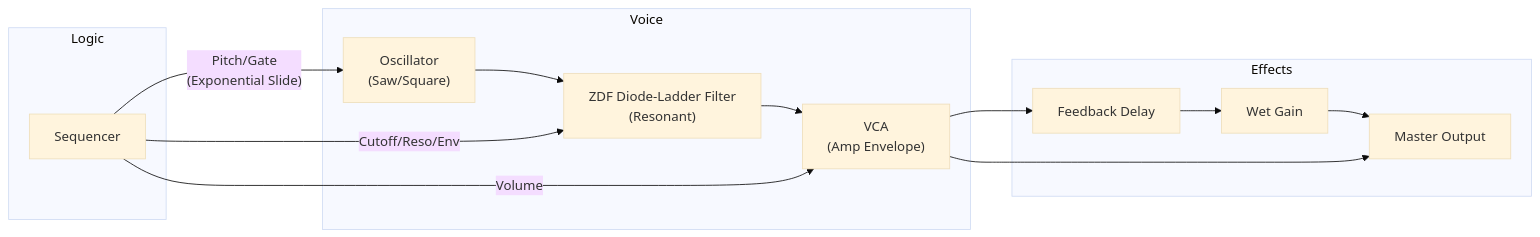
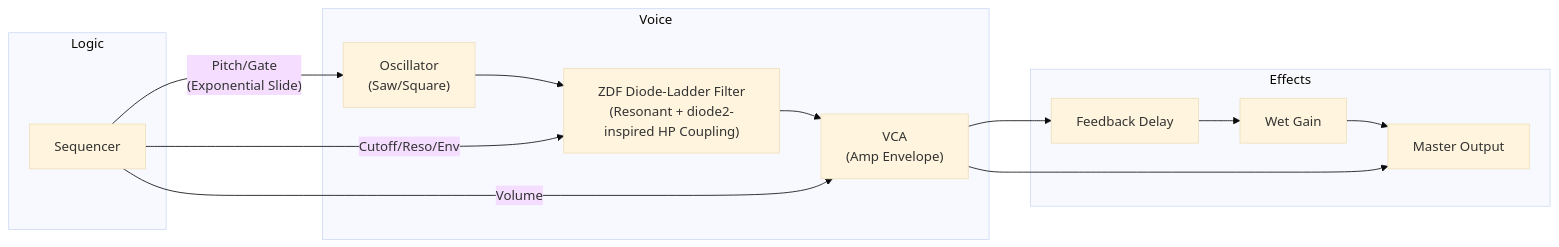
Before and after one commit to acidsound/acidBros: the second of 2 diagrams in docs/SYNTH_ARCHITECTURE.md, drawn with Mermaid (base theme). The commit also changed other lines of this file and 1 other file, not shown here.

Commit message:
feat(audio): add diode2-inspired TB-303 HP coupling and docs v1.3

````diff
--- a/docs/SYNTH_ARCHITECTURE.md
+++ b/docs/SYNTH_ARCHITECTURE.md
@@ -199,20 +199,20 @@
 ```mermaid
 graph LR
     subgraph Voice
-    OSC["Oscillator<br/>(Saw/Square)"] --> FILTER["ZDF Diode-Ladder Filter<br/>(Resonant)"]
+    OSC["Oscillator<br/>(Saw/Square)"] --> FILTER["ZDF Diode-Ladder Filter<br/>(Resonant + diode2-inspired HP Coupling)"]
     FILTER --> VCA["VCA<br/>(Amp Envelope)"]
     end
     
     subgraph Logic
     SEQ[Sequencer] -- Pitch/Gate<br/>(Exponential Slide) --> OSC
     SEQ -- Cutoff/Reso/Env --> FILTER
     SEQ -- Volume --> VCA
     end
 
     subgraph Effects
     VCA --> DELAY[Feedback Delay]
     DELAY --> WET[Wet Gain]
     WET --> OUT[Master Output]
     VCA --> OUT
     end
 ```
````
